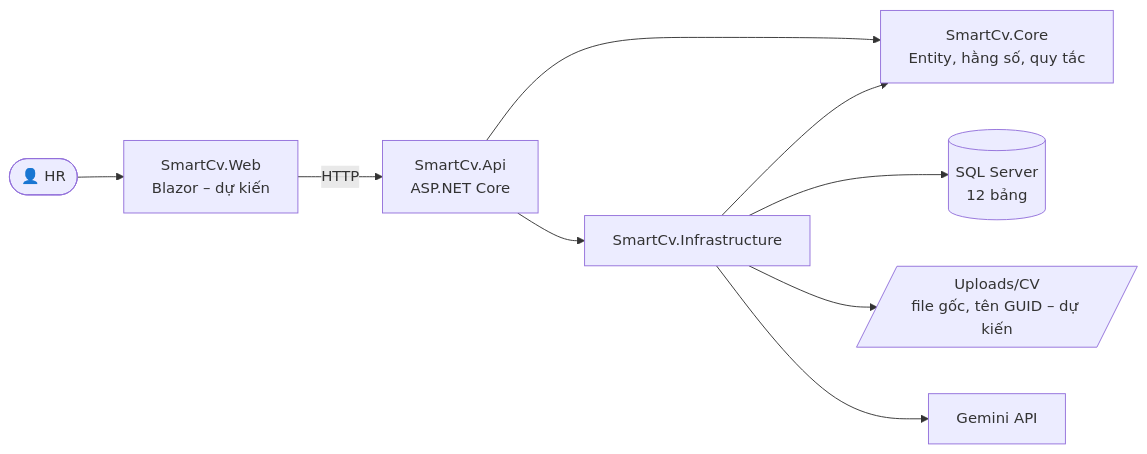
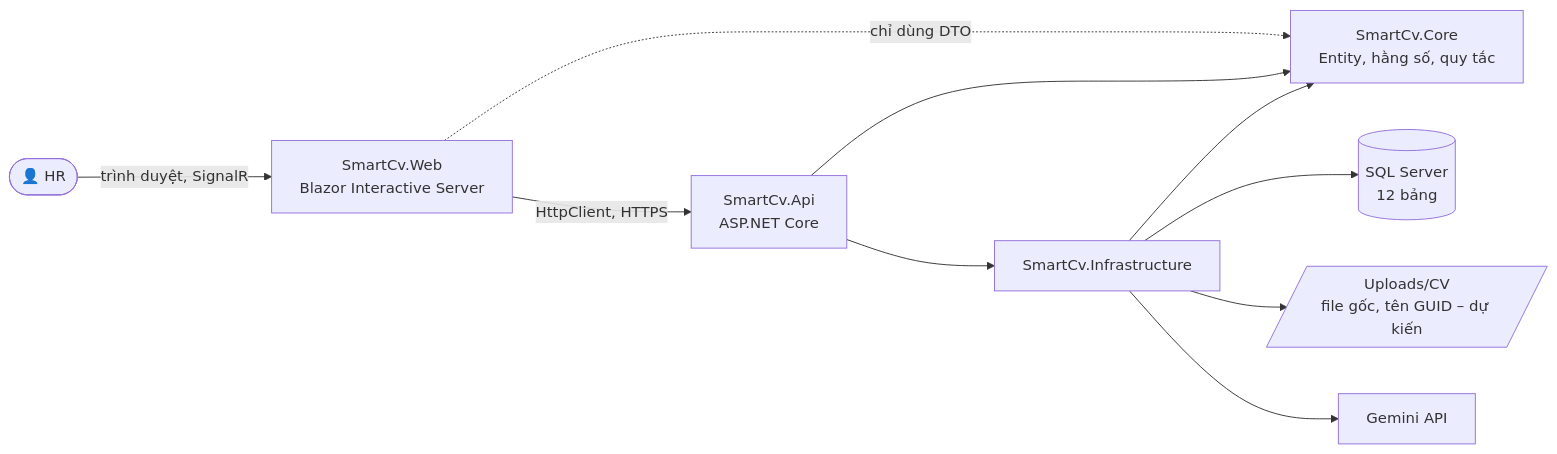
Before and after one commit to TuyetAnh0101/AI-CV-Screening: the first of 2 diagrams in README.md, drawn with Mermaid. The commit also changed other lines of this file and 82 other files, not shown here.

Commit message:
feat(B2): add Blazor layout navigation and API clients

````diff
--- a/README.md
+++ b/README.md
@@ -143,11 +145,12 @@
 ```mermaid
 flowchart LR
-    HR([👤 HR]) --> WEB[SmartCv.Web<br/>Blazor – dự kiến]
-    WEB -->|HTTP| API[SmartCv.Api<br/>ASP.NET Core]
+    HR([👤 HR]) -->|trình duyệt, SignalR| WEB[SmartCv.Web<br/>Blazor Interactive Server]
+    WEB -->|HttpClient, HTTPS| API[SmartCv.Api<br/>ASP.NET Core]
+    WEB -.->|chỉ dùng DTO| CORE
     API --> CORE[SmartCv.Core<br/>Entity, hằng số, quy tắc]
     API --> INFRA[SmartCv.Infrastructure]
     INFRA --> CORE
     INFRA --> DB[(SQL Server<br/>12 bảng)]
     INFRA --> FS[/Uploads/CV<br/>file gốc, tên GUID – dự kiến/]
     INFRA --> GEM[Gemini API]
 ```
````
